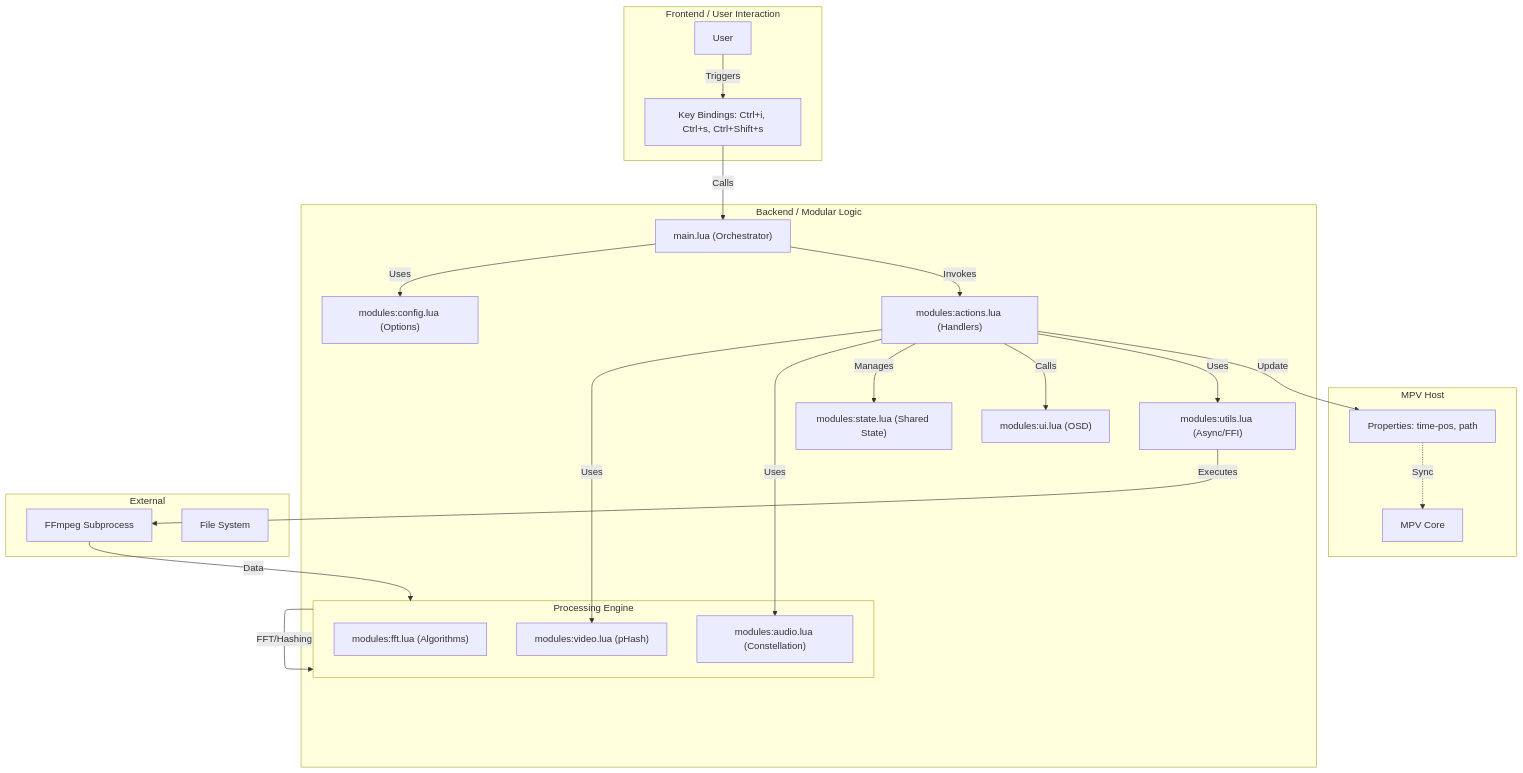
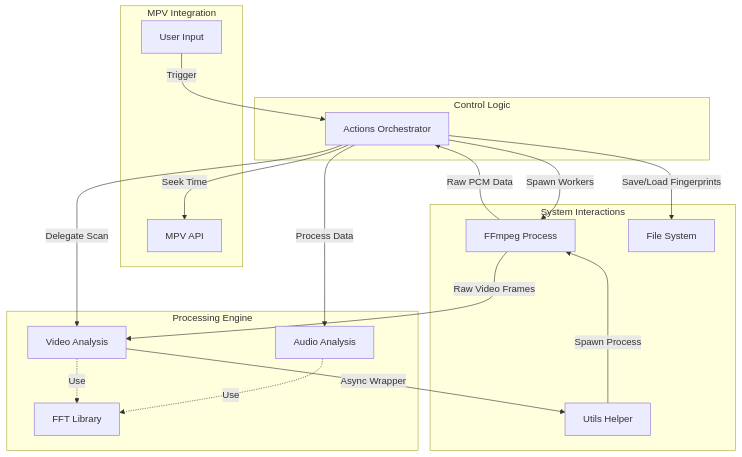
The diagram in memory-bank/systemPatterns.md (jjangsangy/intro-fingerprint), drawn with Mermaid before and after one commit.

Commit message:
make mermaidchart more high level

````diff
--- a/memory-bank/systemPatterns.md
+++ b/memory-bank/systemPatterns.md
@@ -6,48 +6,43 @@
 ```mermaid
 flowchart TD
-    subgraph Frontend [Frontend / User Interaction]
-        User[User]
-        KeyBinds["Key Bindings: Ctrl+i, Ctrl+s, Ctrl+Shift+s"]
+    subgraph Host [MPV Integration]
+        Input[User Input]
+        API[MPV API]
     end
 
-    subgraph Host [MPV Host]
-        MPV[MPV Core]
-        Properties["Properties: time-pos, path"]
+    subgraph Logic [Control Logic]
+        Actions[Actions Orchestrator]
     end
 
-    subgraph Backend [Backend / Modular Logic]
-        Main["main.lua (Orchestrator)"]
-        Actions["modules:actions.lua (Handlers)"]
-        Utils["modules:utils.lua (Async/FFI)"]
-        State["modules:state.lua (Shared State)"]
-        Config["modules:config.lua (Options)"]
-        UI["modules:ui.lua (OSD)"]
-        
-        subgraph Engine [Processing Engine]
-            FFT["modules:fft.lua (Algorithms)"]
-            Video["modules:video.lua (pHash)"]
-            Audio["modules:audio.lua (Constellation)"]
-        end
+    subgraph Engine [Processing Engine]
+        Audio[Audio Analysis]
+        Video[Video Analysis]
+        FFT[FFT Library]
     end
 
-    subgraph Data [External]
-        FFmpeg["FFmpeg Subprocess"]
-        FS["File System"]
+    subgraph System [System Interactions]
+        Utils[Utils Helper]
+        FFmpeg[FFmpeg Process]
+        FS[File System]
     end
 
-    %% Flow
-    User -->|Triggers| KeyBinds
-    KeyBinds -->|Calls| Main
-    Main -->|Uses| Config
-    Main -->|Invokes| Actions
-    Actions -->|Uses| Video
-    Actions -->|Uses| Audio
-    Actions -->|Manages| State
-    Actions -->|Calls| UI
-    Actions -->|Uses| Utils
-    Utils -->|Executes| FFmpeg
-    FFmpeg -->|Data| Engine
-    Engine -->|FFT/Hashing| Engine
-    Actions -->|Update| Properties
-    Properties -.->|Sync| MPV
+    %% Trigger
+    Input -->|Trigger| Actions
+
+    %% Audio Data Flow
+    Actions -- Spawn Workers --> FFmpeg
+    FFmpeg -- Raw PCM Data --> Actions
+    Actions -- Process Data --> Audio
+    Audio -.->|Use| FFT
+
+    %% Video Data Flow
+    Actions -- Delegate Scan --> Video
+    Video -- Async Wrapper --> Utils
+    Utils -- Spawn Process --> FFmpeg
+    FFmpeg -- Raw Video Frames --> Video
+    Video -.->|Use| FFT
+
+    %% Persistence & Effect
+    Actions -- Save/Load Fingerprints --> FS
+    Actions -- Seek Time --> API
 ```
````
